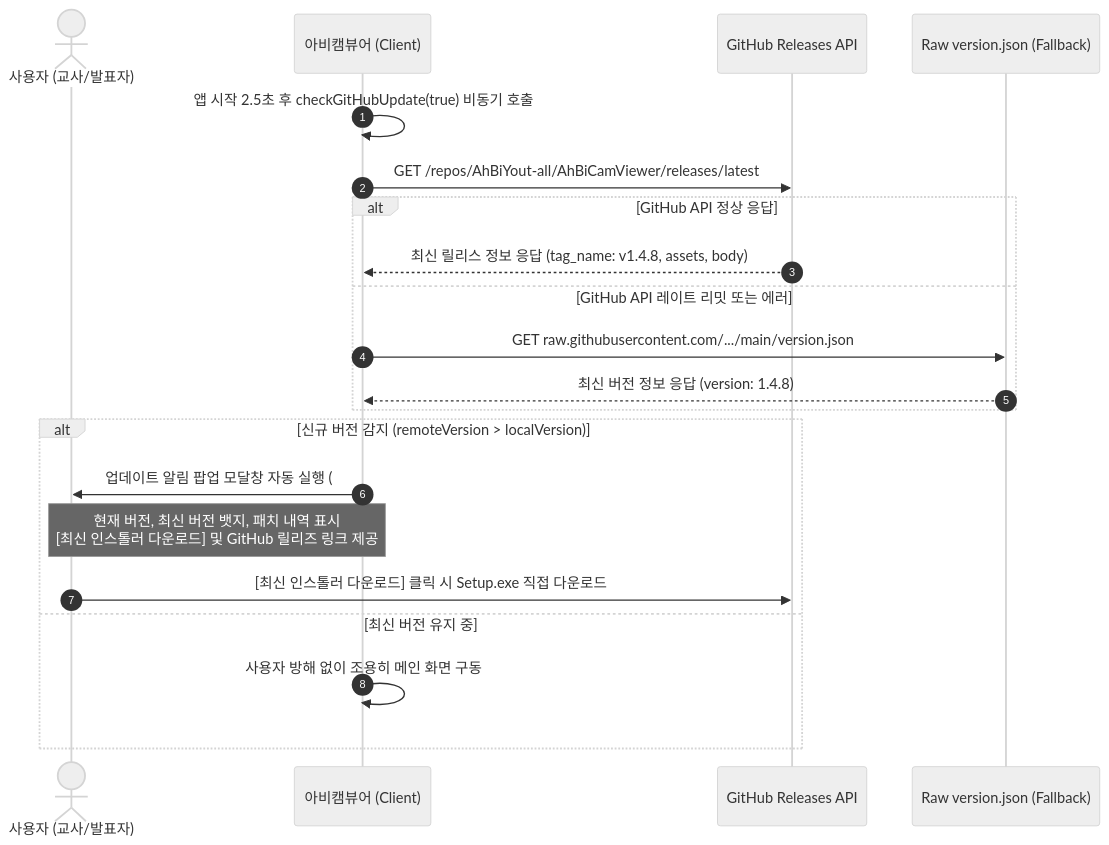
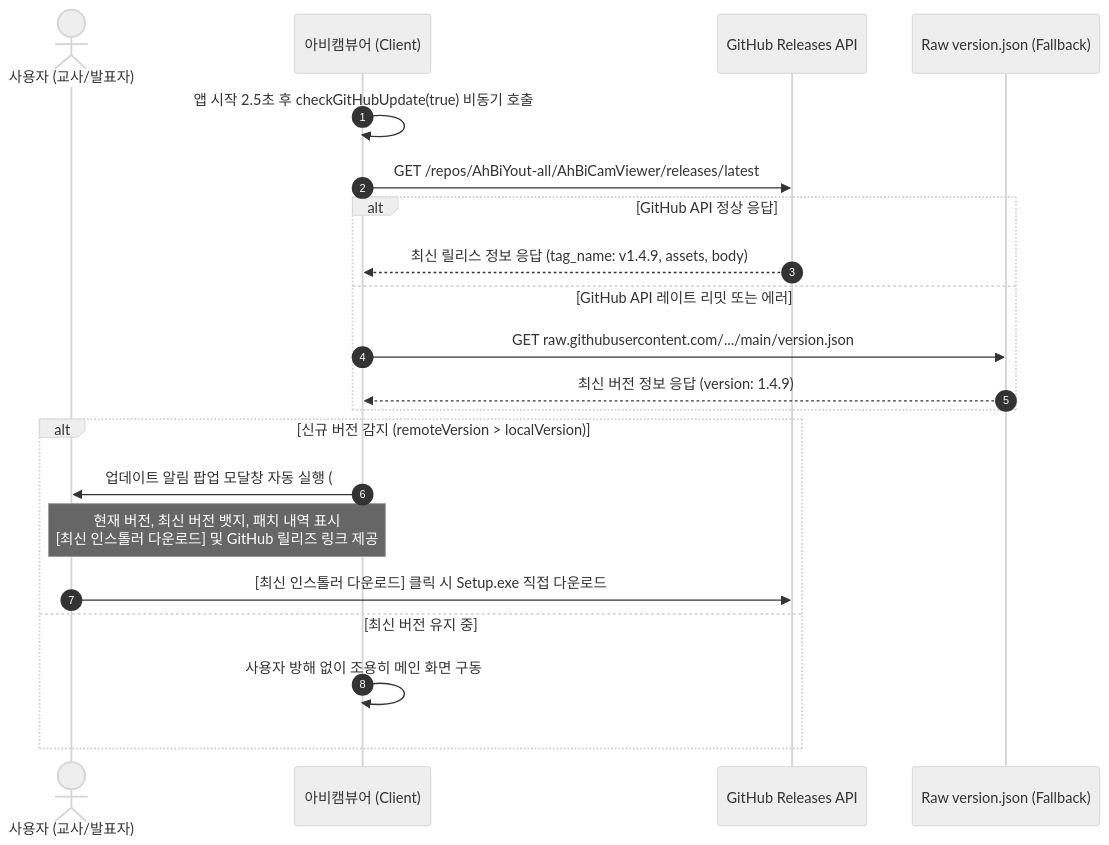
The diagram in docs/GITHUB.md (ahbiyout-all/AhBiCamViewer), drawn with Mermaid (neutral theme) before and after one commit. The commit also changed other lines of this file and 14 other files, not shown here.

````diff
--- a/docs/GITHUB.md
+++ b/docs/GITHUB.md
@@ -72,24 +72,24 @@
 ```mermaid
 sequenceDiagram
     autonumber
     actor User as 사용자 (교사/발표자)
     participant App as 아비캠뷰어 (Client)
     participant GH as GitHub Releases API
     participant Raw as Raw version.json (Fallback)
     
     App->>App: 앱 시작 2.5초 후 checkGitHubUpdate(true) 비동기 호출
     App->>GH: GET /repos/AhBiYout-all/AhBiCamViewer/releases/latest
     alt GitHub API 정상 응답
-        GH-->>App: 최신 릴리스 정보 응답 (tag_name: v1.4.8, assets, body)
+        GH-->>App: 최신 릴리스 정보 응답 (tag_name: v1.4.9, assets, body)
     else GitHub API 레이트 리밋 또는 에러
         App->>Raw: GET raw.githubusercontent.com/.../main/version.json
-        Raw-->>App: 최신 버전 정보 응답 (version: 1.4.8)
+        Raw-->>App: 최신 버전 정보 응답 (version: 1.4.9)
     end
     alt 신규 버전 감지 (remoteVersion > localVersion)
         App->>User: 업데이트 알림 팝업 모달창 자동 실행 (#updateNoticeModal)
         Note over User,App: 현재 버전, 최신 버전 뱃지, 패치 내역 표시<br/>[최신 인스톨러 다운로드] 및 GitHub 릴리즈 링크 제공
         User->>GH: [최신 인스톨러 다운로드] 클릭 시 Setup.exe 직접 다운로드
     else 최신 버전 유지 중
         App->>App: 사용자 방해 없이 조용히 메인 화면 구동
     end
 ```
````
